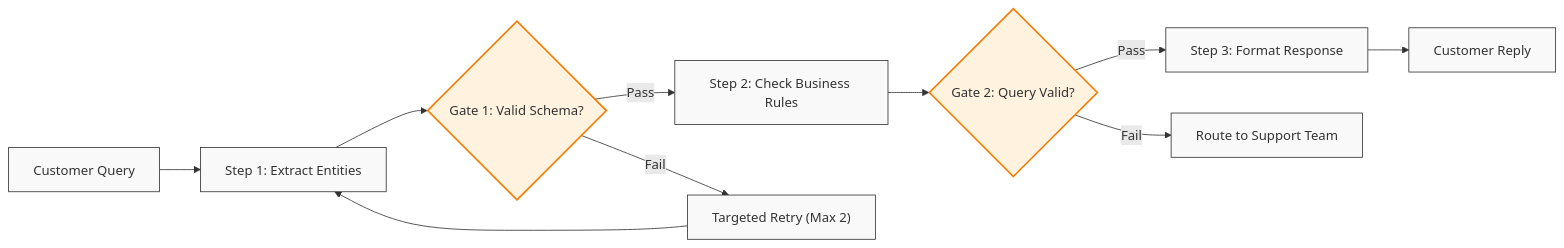
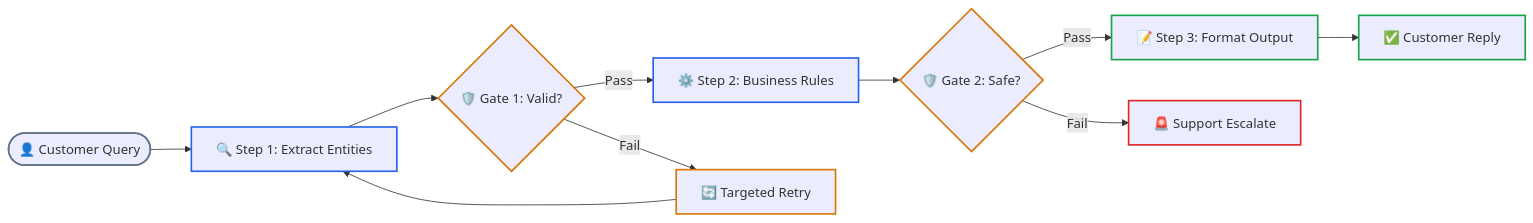
The fourth of 9 diagrams in 04-agentic-systems-and-orchestration/01-workflows-vs-agents-and-orchestration-patterns.md (dip4k/senior-engineer-to-ai-engineer-roadmap), drawn with Mermaid before and after one commit. The commit also changed other lines of this file and 94 other files, not shown here.

Commit message:
refactor(curriculum): complete Phase 04 upgrade and enforce diagram renderer invariants

````diff
--- a/04-agentic-systems-and-orchestration/01-workflows-vs-agents-and-orchestration-patterns.md
+++ b/04-agentic-systems-and-orchestration/01-workflows-vs-agents-and-orchestration-patterns.md
@@ -179,15 +191,22 @@
 ```mermaid
 flowchart LR
-    classDef node fill:#f9f9f9,stroke:#333,stroke-width:1px;
-    classDef gate fill:#fff3e0,stroke:#f57c00,stroke-width:2px;
+    Input(["👤 Customer Query"]) --> S1["🔍 Step 1: Extract Entities"]
+    S1 --> Gate1{"🛡️ Gate 1: Valid?"}
+    Gate1 -- "Pass" --> S2["⚙️ Step 2: Business Rules"]
+    Gate1 -- "Fail" --> Retry1["🔄 Targeted Retry"]
+    Retry1 --> S1
+    S2 --> Gate2{"🛡️ Gate 2: Safe?"}
+    Gate2 -- "Pass" --> S3["📝 Step 3: Format Output"]
+    Gate2 -- "Fail" --> Fallback["🚨 Support Escalate"]
+    S3 --> Out["✅ Customer Reply"]
 
-    Input["Customer Query"]:::node --> S1["Step 1: Extract Entities"]:::node
-    S1 --> Gate1{"Gate 1: Valid Schema?"}:::gate
-    Gate1 -- "Pass" --> S2["Step 2: Check Business Rules"]:::node
-    Gate1 -- "Fail" --> Retry1["Targeted Retry (Max 2)"]:::node
-    Retry1 --> S1
-    S2 --> Gate2{"Gate 2: Query Valid?"}:::gate
-    Gate2 -- "Pass" --> S3["Step 3: Format Response"]:::node
-    Gate2 -- "Fail" --> Fallback["Route to Support Team"]:::node
-    S3 --> Out["Customer Reply"]:::node
+    style Input stroke:#64748b,stroke-width:2px
+    style S1 stroke:#2563eb,stroke-width:2px
+    style Gate1 stroke:#d97706,stroke-width:2px
+    style Retry1 stroke:#d97706,stroke-width:2px
+    style S2 stroke:#2563eb,stroke-width:2px
+    style Gate2 stroke:#d97706,stroke-width:2px
+    style S3 stroke:#16a34a,stroke-width:2px
+    style Fallback stroke:#dc2626,stroke-width:2px
+    style Out stroke:#16a34a,stroke-width:2px
 ```
````
